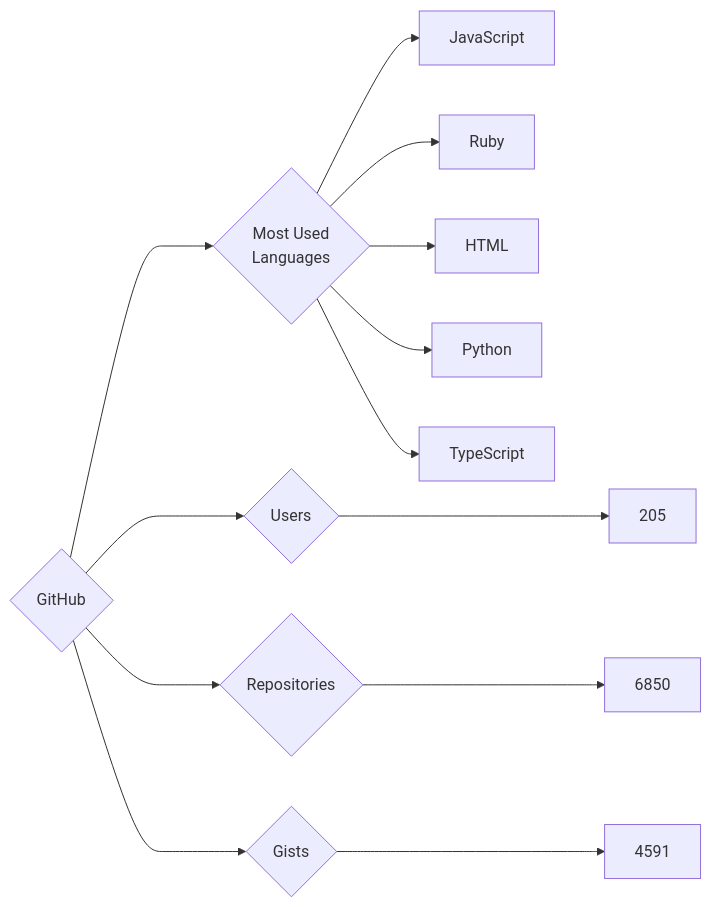
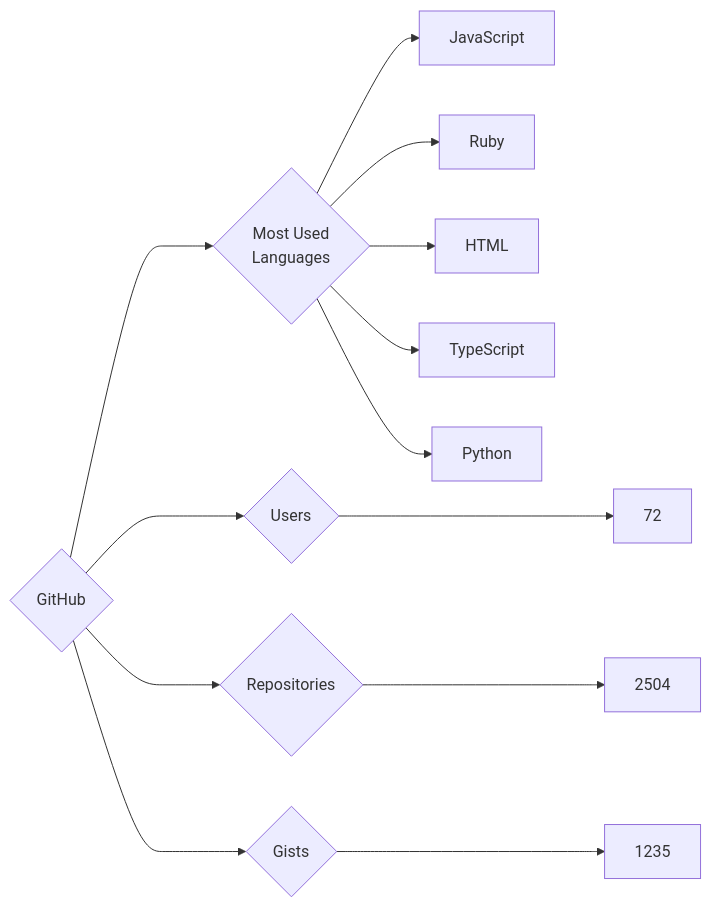
Before and after one commit to trickest/insiders: the diagram in targets/GitHub/README.md, drawn with Mermaid. The commit also changed 932 other files, not shown here.

````diff
--- a/targets/GitHub/README.md
+++ b/targets/GitHub/README.md
@@ -3,13 +3,13 @@
 ```mermaid
 graph LR
 COMPANY_NAME{GitHub}
-COMPANY_NAME ---> U{Users} ---> UN[205]
-COMPANY_NAME ---> R{Repositories} ---> RN[6850]
-COMPANY_NAME ---> G{Gists} ---> GN[4591]
+COMPANY_NAME ---> U{Users} ---> UN[72]
+COMPANY_NAME ---> R{Repositories} ---> RN[2504]
+COMPANY_NAME ---> G{Gists} ---> GN[1235]
 COMPANY_NAME ---> ML{Most Used<br>Languages}
 ML --> JavaScript[JavaScript]
 ML --> Ruby[Ruby]
 ML --> HTML[HTML]
+ML --> TypeScript[TypeScript]
 ML --> Python[Python]
-ML --> TypeScript[TypeScript]
 ```
````
